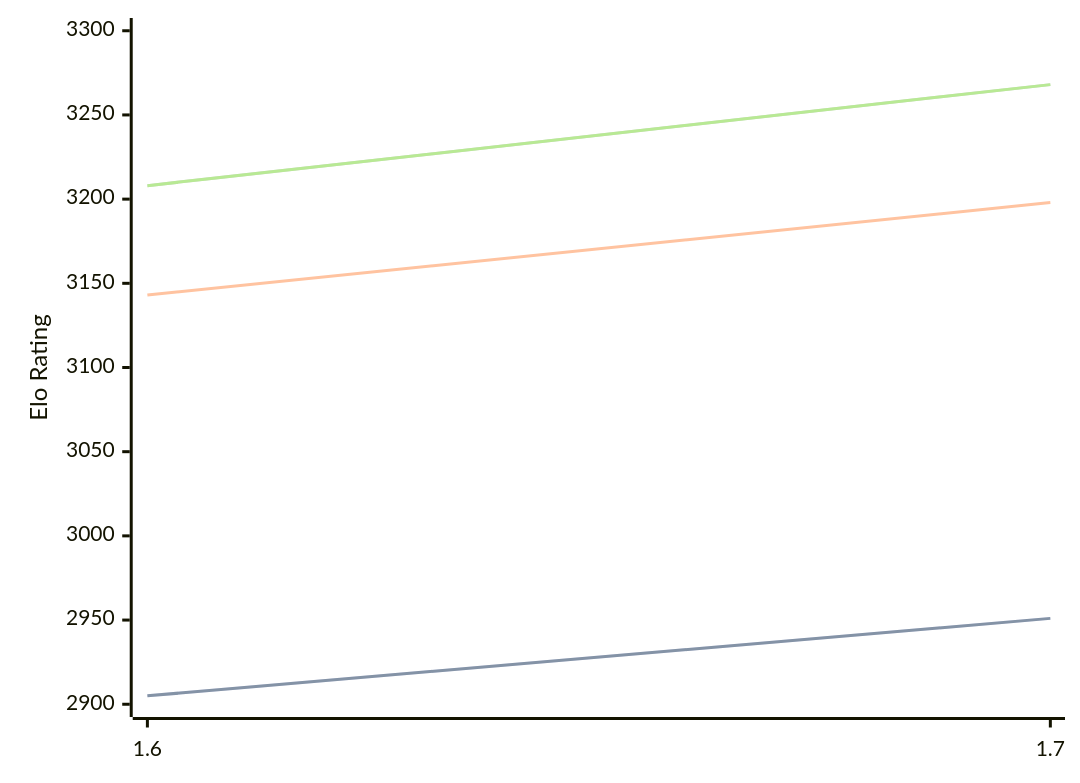
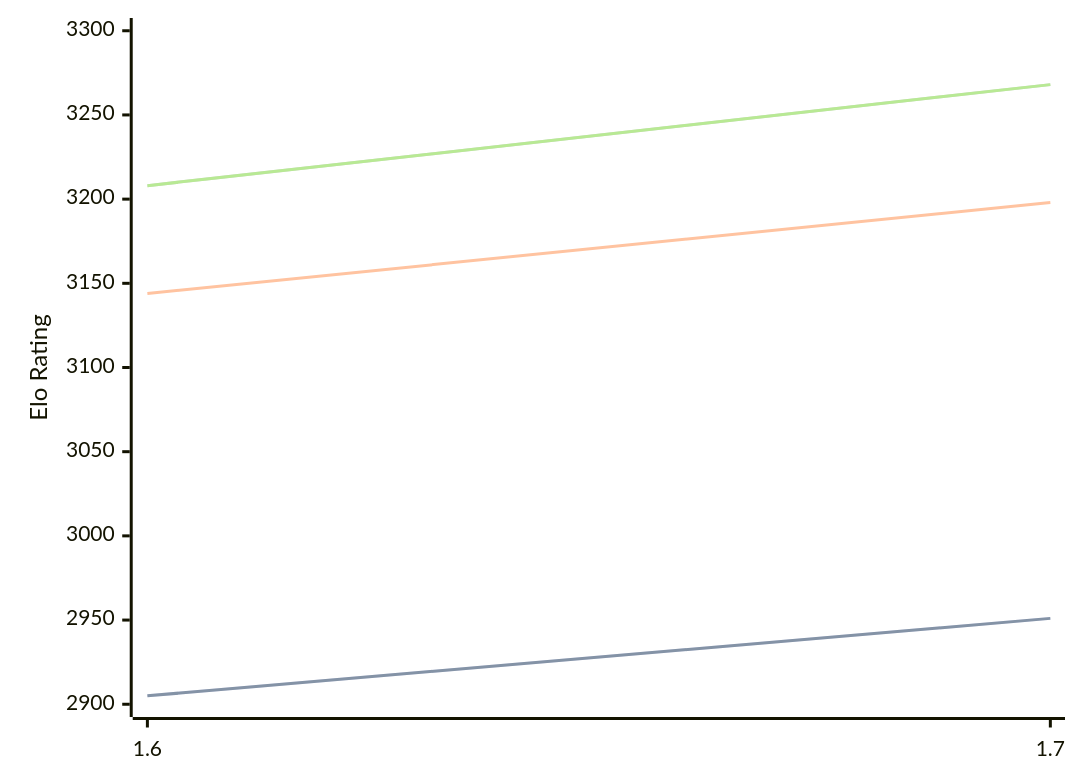
One commit to computer-chess-index/cci changed the diagram in engines/Bitbit.md. Above: the diagram before and after it, drawn with Mermaid. The commit also changed other lines of this file, not shown here.

````diff
--- a/engines/Bitbit.md
+++ b/engines/Bitbit.md
@@ -32,11 +32,11 @@
 ```mermaid
 %%{init: {"theme":"base","themeVariables":{"seriesColors:['#a3a3a3','#222221','#faa371']}}}%%
 xychart-beta
   x-axis ["1.6", "1.7"]
   y-axis "Elo Rating" 2900 --> 3300
   line "" [2905, 2951]
   line "STC (8.0+0.08s)" [2905, 2951]
-  line "LTC (60.0+0.60s)" [3143, 3198]
+  line "LTC (60.0+0.60s)" [3144, 3198]
   line "" [3208, 3268]
   line "VLTC (2m24s+1.12s)" [3208, 3268]
 ```
````
